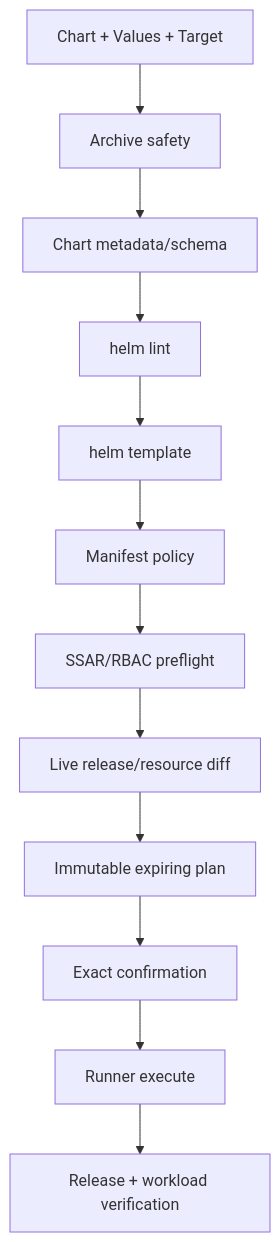
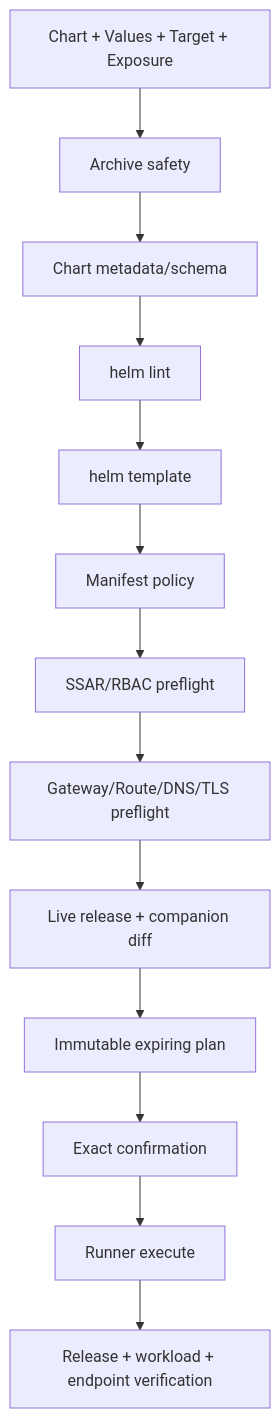
Before and after one commit to JaeYounkim0w0/klueops: the second of 2 diagrams in docs/phase-2/application-delivery/architecture-design.md, drawn with Mermaid. The commit also changed other lines of this file and 23 other files, not shown here.

````diff
--- a/docs/phase-2/application-delivery/architecture-design.md
+++ b/docs/phase-2/application-delivery/architecture-design.md
@@ -200,14 +270,15 @@
 ```mermaid
 flowchart TD
-    Input[Chart + Values + Target] --> Archive[Archive safety]
+    Input[Chart + Values + Target + Exposure] --> Archive[Archive safety]
     Archive --> Metadata[Chart metadata/schema]
     Metadata --> Lint[helm lint]
     Lint --> Render[helm template]
     Render --> Policy[Manifest policy]
     Policy --> RBAC[SSAR/RBAC preflight]
-    RBAC --> Live[Live release/resource diff]
+    RBAC --> Gateway[Gateway/Route/DNS/TLS preflight]
+    Gateway --> Live[Live release + companion diff]
     Live --> Plan[Immutable expiring plan]
     Plan --> Confirm[Exact confirmation]
     Confirm --> Execute[Runner execute]
-    Execute --> Verify[Release + workload verification]
+    Execute --> Verify[Release + workload + endpoint verification]
 ```
````
